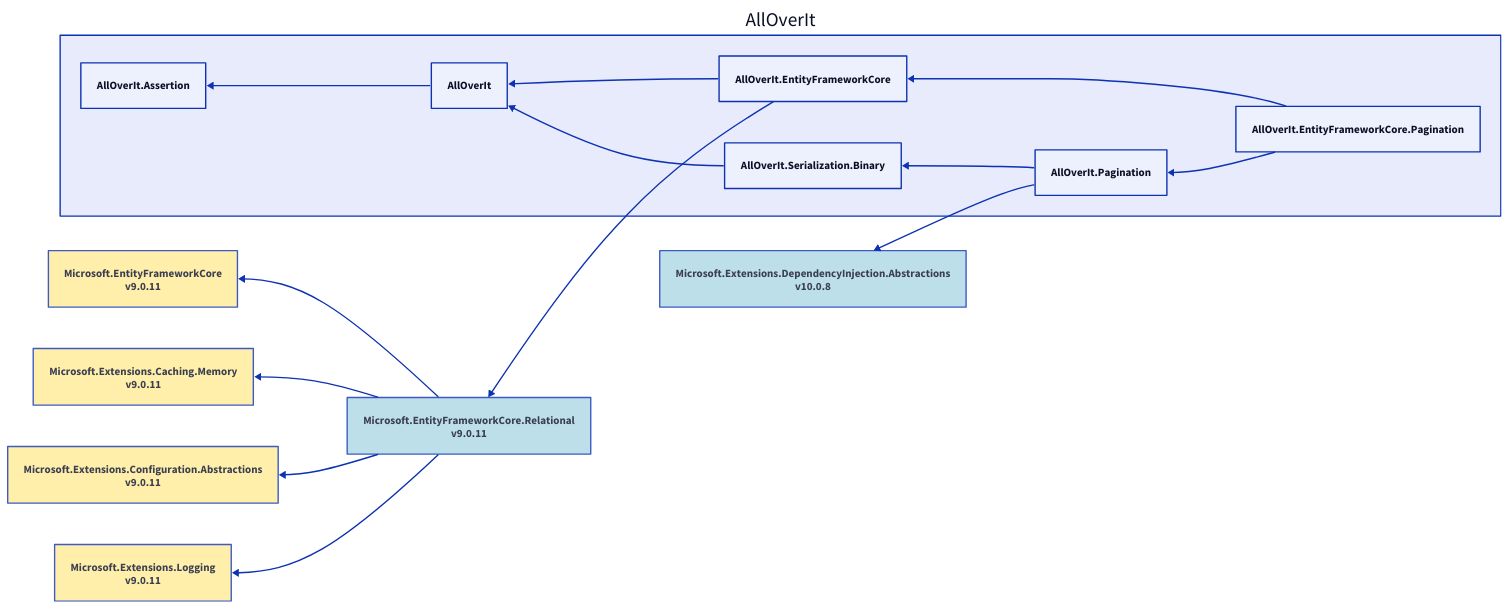
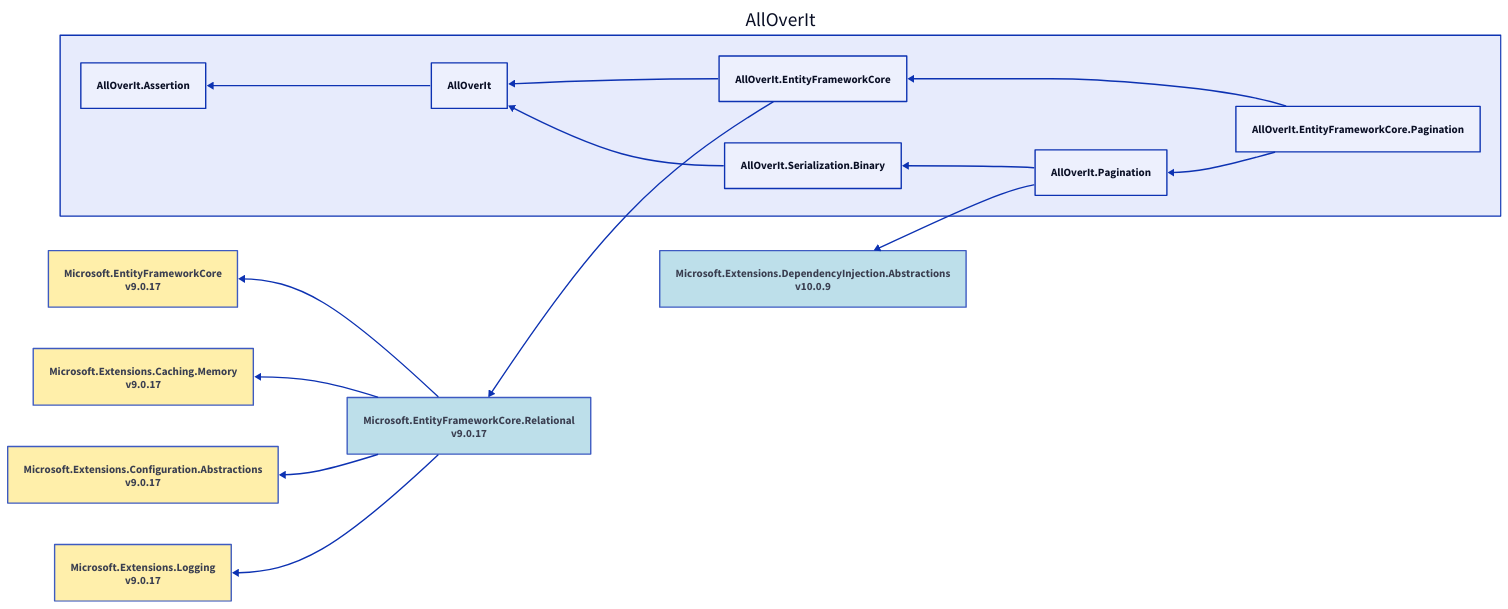
One commit to mjfreelancing/AllOverIt changed the diagram in Docs/Reference/Content/images/dependencies/net9.0/d2/alloverit-entityframeworkcore-pagination.d2. Above: the diagram before and after it, drawn with D2. The commit also changed 249 other files, not shown here.

```diff
--- a/Docs/Reference/Content/images/dependencies/net9.0/d2/alloverit-entityframeworkcore-pagination.d2
+++ b/Docs/Reference/Content/images/dependencies/net9.0/d2/alloverit-entityframeworkcore-pagination.d2
@@ -1,41 +1,41 @@
 direction: left
 
 aoi: AllOverIt
 aoi.alloverit-entityframeworkcore-pagination: AllOverIt.EntityFrameworkCore.Pagination
 aoi.alloverit-entityframeworkcore: AllOverIt.EntityFrameworkCore
-microsoft-entityframeworkcore-relational_9-0-11: Microsoft.EntityFrameworkCore.Relational\nv9.0.11
-microsoft-entityframeworkcore_9-0-11: Microsoft.EntityFrameworkCore\nv9.0.11
-microsoft-extensions-caching-memory_9-0-11: Microsoft.Extensions.Caching.Memory\nv9.0.11
-microsoft-extensions-configuration-abstractions_9-0-11: Microsoft.Extensions.Configuration.Abstractions\nv9.0.11
-microsoft-extensions-logging_9-0-11: Microsoft.Extensions.Logging\nv9.0.11
+microsoft-entityframeworkcore-relational_9-0-17: Microsoft.EntityFrameworkCore.Relational\nv9.0.17
+microsoft-entityframeworkcore_9-0-17: Microsoft.EntityFrameworkCore\nv9.0.17
+microsoft-extensions-caching-memory_9-0-17: Microsoft.Extensions.Caching.Memory\nv9.0.17
+microsoft-extensions-configuration-abstractions_9-0-17: Microsoft.Extensions.Configuration.Abstractions\nv9.0.17
+microsoft-extensions-logging_9-0-17: Microsoft.Extensions.Logging\nv9.0.17
 aoi.alloverit: AllOverIt
 aoi.alloverit-assertion: AllOverIt.Assertion
 aoi.alloverit-pagination: AllOverIt.Pagination
-microsoft-extensions-dependencyinjection-abstractions_10-0-8: Microsoft.Extensions.DependencyInjection.Abstractions\nv10.0.8
+microsoft-extensions-dependencyinjection-abstractions_10-0-9: Microsoft.Extensions.DependencyInjection.Abstractions\nv10.0.9
 aoi.alloverit-serialization-binary: AllOverIt.Serialization.Binary
 aoi.alloverit-entityframeworkcore <- aoi.alloverit-entityframeworkcore-pagination
-microsoft-entityframeworkcore-relational_9-0-11 <- aoi.alloverit-entityframeworkcore
-microsoft-entityframeworkcore_9-0-11 <- microsoft-entityframeworkcore-relational_9-0-11
-microsoft-extensions-caching-memory_9-0-11 <- microsoft-entityframeworkcore-relational_9-0-11
-microsoft-extensions-configuration-abstractions_9-0-11 <- microsoft-entityframeworkcore-relational_9-0-11
-microsoft-extensions-logging_9-0-11 <- microsoft-entityframeworkcore-relational_9-0-11
+microsoft-entityframeworkcore-relational_9-0-17 <- aoi.alloverit-entityframeworkcore
+microsoft-entityframeworkcore_9-0-17 <- microsoft-entityframeworkcore-relational_9-0-17
+microsoft-extensions-caching-memory_9-0-17 <- microsoft-entityframeworkcore-relational_9-0-17
+microsoft-extensions-configuration-abstractions_9-0-17 <- microsoft-entityframeworkcore-relational_9-0-17
+microsoft-extensions-logging_9-0-17 <- microsoft-entityframeworkcore-relational_9-0-17
 aoi.alloverit <- aoi.alloverit-entityframeworkcore
 aoi.alloverit-assertion <- aoi.alloverit
 aoi.alloverit-pagination <- aoi.alloverit-entityframeworkcore-pagination
-microsoft-extensions-dependencyinjection-abstractions_10-0-8 <- aoi.alloverit-pagination
+microsoft-extensions-dependencyinjection-abstractions_10-0-9 <- aoi.alloverit-pagination
 aoi.alloverit-serialization-binary <- aoi.alloverit-pagination
 aoi.alloverit <- aoi.alloverit-serialization-binary
-microsoft-entityframeworkcore-relational_9-0-11.style.fill: "#ADD8E6"
-microsoft-entityframeworkcore-relational_9-0-11.style.opacity: 0.8
-microsoft-entityframeworkcore_9-0-11.style.fill: "#FFEC96"
-microsoft-entityframeworkcore_9-0-11.style.opacity: 0.8
-microsoft-extensions-caching-memory_9-0-11.style.fill: "#FFEC96"
-microsoft-extensions-caching-memory_9-0-11.style.opacity: 0.8
-microsoft-extensions-configuration-abstractions_9-0-11.style.fill: "#FFEC96"
-microsoft-extensions-configuration-abstractions_9-0-11.style.opacity: 0.8
-microsoft-extensions-logging_9-0-11.style.fill: "#FFEC96"
-microsoft-extensions-logging_9-0-11.style.opacity: 0.8
-microsoft-extensions-dependencyinjection-abstractions_10-0-8.style.fill: "#ADD8E6"
-microsoft-extensions-dependencyinjection-abstractions_10-0-8.style.opacity: 0.8
+microsoft-entityframeworkcore-relational_9-0-17.style.fill: "#ADD8E6"
+microsoft-entityframeworkcore-relational_9-0-17.style.opacity: 0.8
+microsoft-entityframeworkcore_9-0-17.style.fill: "#FFEC96"
+microsoft-entityframeworkcore_9-0-17.style.opacity: 0.8
+microsoft-extensions-caching-memory_9-0-17.style.fill: "#FFEC96"
+microsoft-extensions-caching-memory_9-0-17.style.opacity: 0.8
+microsoft-extensions-configuration-abstractions_9-0-17.style.fill: "#FFEC96"
+microsoft-extensions-configuration-abstractions_9-0-17.style.opacity: 0.8
+microsoft-extensions-logging_9-0-17.style.fill: "#FFEC96"
+microsoft-extensions-logging_9-0-17.style.opacity: 0.8
+microsoft-extensions-dependencyinjection-abstractions_10-0-9.style.fill: "#ADD8E6"
+microsoft-extensions-dependencyinjection-abstractions_10-0-9.style.opacity: 0.8
 aoi.style.fill: "#E7EBFC"
 aoi.style.opacity: 1
```
